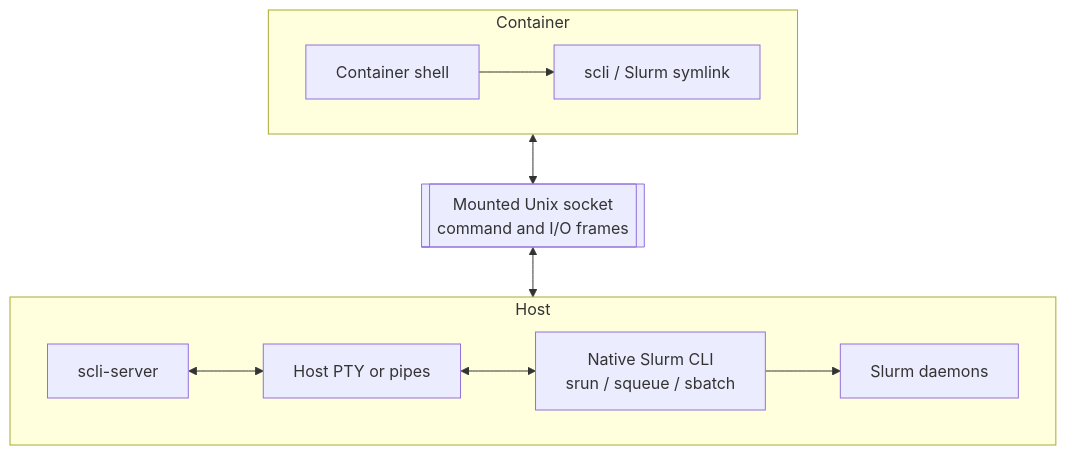
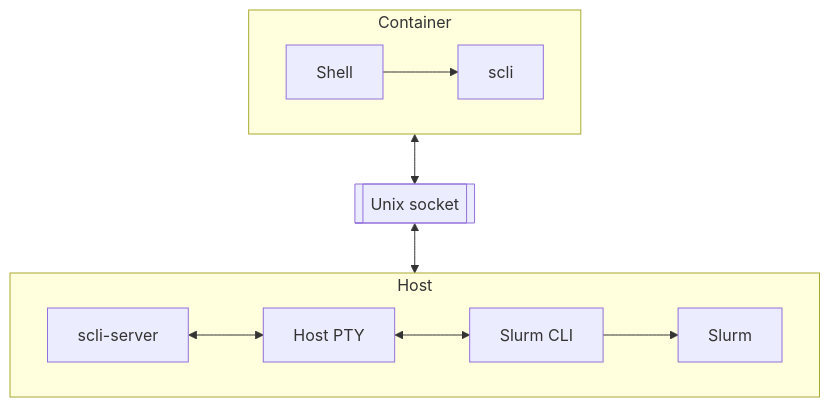
The first of 2 diagrams in docs/proxies.md (NERSC/perlmutter-desktop-containers), drawn with Mermaid before and after one commit. The commit also changed other lines of this file and 2 other files, not shown here.

Commit message:
Shorten Mermaid labels across guides and proxy README

````diff
--- a/docs/proxies.md
+++ b/docs/proxies.md
@@ -42,25 +42,25 @@
 ```mermaid
 flowchart TB
     subgraph Container
         direction LR
-        shell["Container shell"]
-        scli["scli / Slurm symlink"]
+        shell["Shell"]
+        scli["scli"]
         shell --> scli
     end
 
-    socket[["Mounted Unix socket<br/>command and I/O frames"]]
+    socket[["Unix socket"]]
 
     subgraph Host
         direction LR
         server["scli-server"]
-        hostio["Host PTY or pipes"]
-        slurm["Native Slurm CLI<br/>srun / squeue / sbatch"]
-        daemon["Slurm daemons"]
+        hostio["Host PTY"]
+        slurm["Slurm CLI"]
+        daemon["Slurm"]
         server <--> hostio
         hostio <--> slurm
         slurm --> daemon
     end
 
-    Container <--> socket
-    socket <--> Host
+    scli <--> socket
+    socket <--> server
 ```
````
